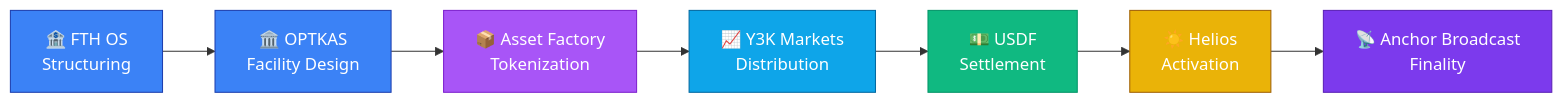
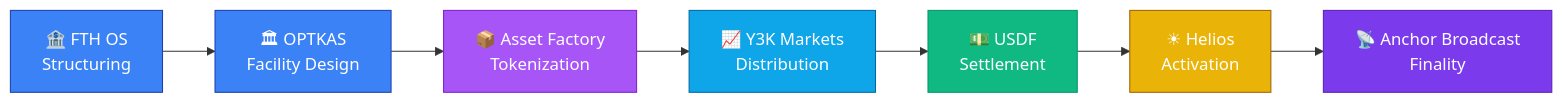
Before and after one commit to FTHTrading/kevan-burns-empire-: the fifth of 7 diagrams in README.md, drawn with Mermaid. The commit also changed other lines of this file and 28 other files, not shown here.

````diff
--- a/README.md
+++ b/README.md
@@ -555,17 +554,17 @@
 ```mermaid
 flowchart LR
-    A["🏦 FTH OS<br/>Structuring"] --> B["🏛️ OPTKAS<br/>Facility Design"]
+    A["🏦 FTH OS<br/>Structuring"] --> B["🏛 OPTKAS<br/>Facility Design"]
     B --> C["📦 Asset Factory<br/>Tokenization"]
     C --> D["📈 Y3K Markets<br/>Distribution"]
     D --> E["💵 USDF<br/>Settlement"]
-    E --> F["☀️ Helios<br/>Activation"]
+    E --> F["☀ Helios<br/>Activation"]
     F --> G["📡 Anchor Broadcast<br/>Finality"]
     
     style A fill:#3b82f6,stroke:#1e40af,color:#fff
     style B fill:#3b82f6,stroke:#1e40af,color:#fff
     style C fill:#a855f7,stroke:#7e22ce,color:#fff
     style D fill:#0ea5e9,stroke:#0369a1,color:#fff
     style E fill:#10b981,stroke:#059669,color:#fff
     style F fill:#eab308,stroke:#a16207,color:#fff
     style G fill:#7c3aed,stroke:#5b21b6,color:#fff
 ```
````
